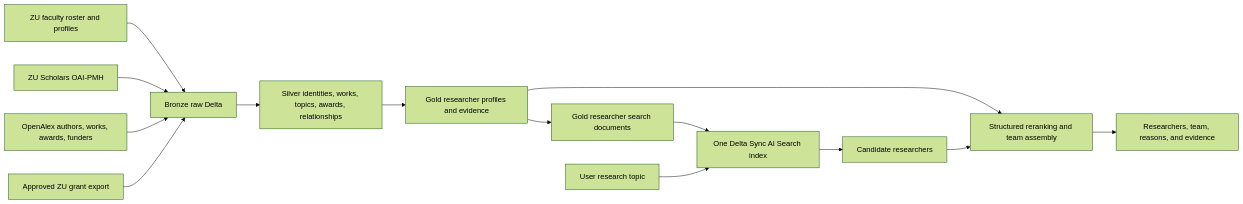
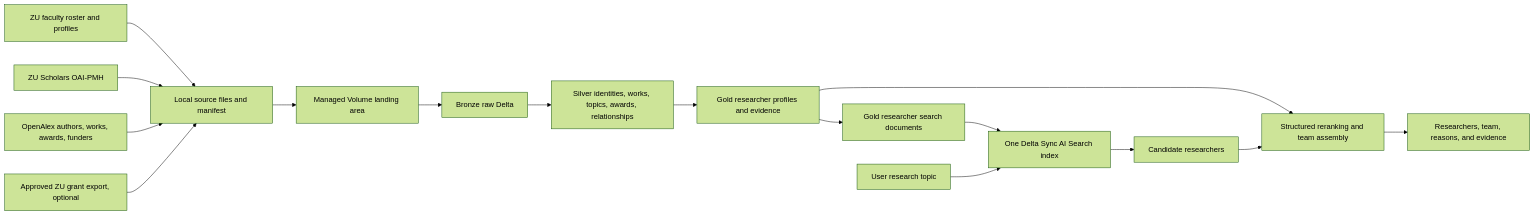
Before and after one commit to Sufi-to/research_match: the diagram in docs/product_plan.md, drawn with Mermaid (forest theme). The commit also changed other lines of this file and 6 other files, not shown here.

````diff
--- a/docs/product_plan.md
+++ b/docs/product_plan.md
@@ -60,18 +71,20 @@
 ```mermaid
 flowchart LR
-    A["ZU faculty roster and profiles"] --> B["Bronze raw Delta"]
-    C["ZU Scholars OAI-PMH"] --> B
-    D["OpenAlex authors, works, awards, funders"] --> B
-    E["Approved ZU grant export"] --> B
+    A["ZU faculty roster and profiles"] --> N["Local source files and manifest"]
+    C["ZU Scholars OAI-PMH"] --> N
+    D["OpenAlex authors, works, awards, funders"] --> N
+    E["Approved ZU grant export, optional"] --> N
+    N --> O["Managed Volume landing area"]
+    O --> B["Bronze raw Delta"]
 
     B --> F["Silver identities, works, topics, awards, relationships"]
     F --> G["Gold researcher profiles and evidence"]
     G --> H["Gold researcher search documents"]
     H --> I["One Delta Sync AI Search index"]
 
     J["User research topic"] --> I
     I --> K["Candidate researchers"]
     G --> L["Structured reranking and team assembly"]
     K --> L
     L --> M["Researchers, team, reasons, and evidence"]
 ```
````
